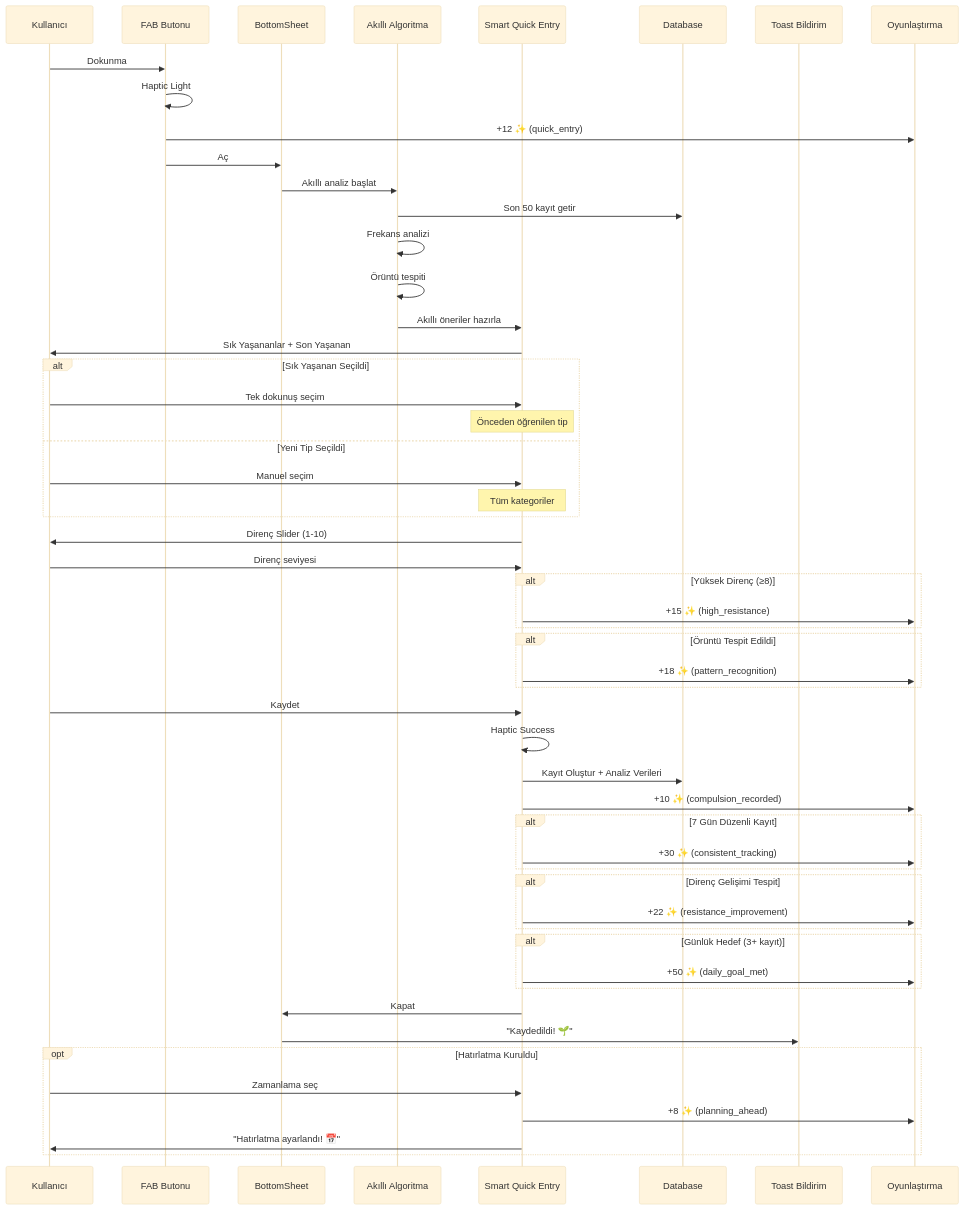
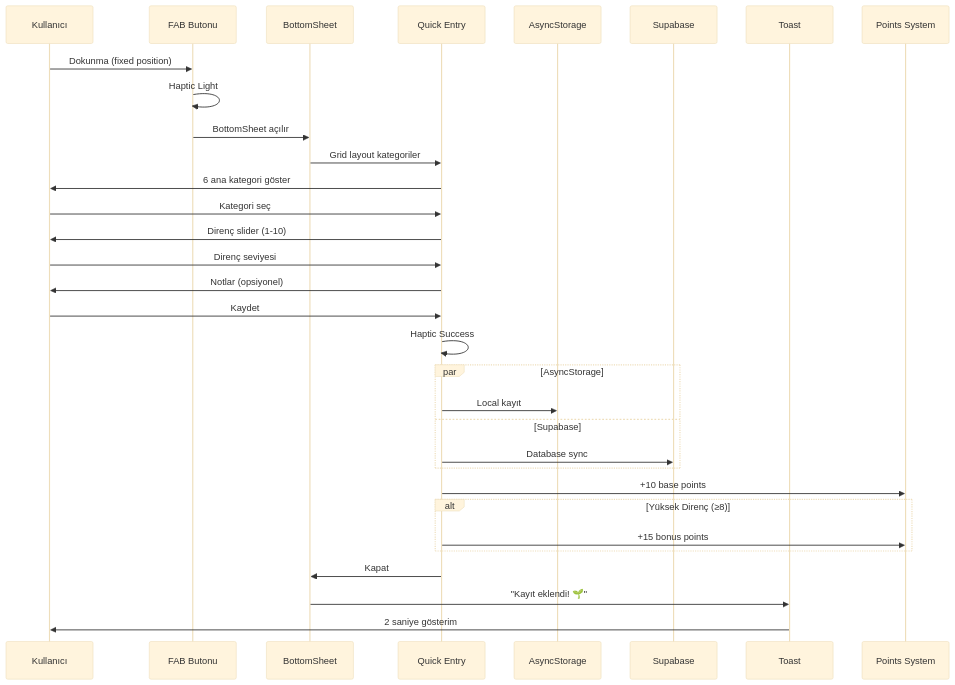
Before and after one commit to adilyoltay/obsessless-mobile-app: the second of 3 diagrams in docs/obsessless-flow.md, drawn with Mermaid (base theme). The commit also changed other lines of this file and 1 other file, not shown here.

````diff
--- a/docs/obsessless-flow.md
+++ b/docs/obsessless-flow.md
@@ -147,67 +304,42 @@
 ```mermaid
 sequenceDiagram
     participant U as Kullanıcı
     participant FAB as FAB Butonu
-    participant BS as BottomSheet
-    participant AI as Akıllı Algoritma
-    participant Form as Smart Quick Entry
-    participant DB as Database
-    participant Toast as Toast Bildirim
-    participant Gamification as Oyunlaştırma
+    participant BS as BottomSheet  
+    participant Form as Quick Entry
+    participant AS as AsyncStorage
+    participant DB as Supabase
+    participant Toast as Toast
+    participant Gamification as Points System
     
-    U->>FAB: Dokunma
+    U->>FAB: Dokunma (fixed position)
     FAB->>FAB: Haptic Light
-    FAB->>Gamification: +12 ✨ (quick_entry)
-    FAB->>BS: Aç
-    BS->>AI: Akıllı analiz başlat
-    AI->>DB: Son 50 kayıt getir
-    AI->>AI: Frekans analizi
-    AI->>AI: Örüntü tespiti
-    AI->>Form: Akıllı öneriler hazırla
-    Form->>U: Sık Yaşananlar + Son Yaşanan
+    FAB->>BS: BottomSheet açılır
     
-    alt Sık Yaşanan Seçildi
-        U->>Form: Tek dokunuş seçim
-        Note over Form: Önceden öğrenilen tip
-    else Yeni Tip Seçildi
-        U->>Form: Manuel seçim
-        Note over Form: Tüm kategoriler
-    end
+    BS->>Form: Grid layout kategoriler
+    Form->>U: 6 ana kategori göster
+    U->>Form: Kategori seç
     
-    Form->>U: Direnç Slider (1-10)
+    Form->>U: Direnç slider (1-10)
     U->>Form: Direnç seviyesi
-    
-    alt Yüksek Direnç (≥8)
-        Form->>Gamification: +15 ✨ (high_resistance)
-    end
-    
-    alt Örüntü Tespit Edildi
-        Form->>Gamification: +18 ✨ (pattern_recognition)
-    end
+    Form->>U: Notlar (opsiyonel)
     
     U->>Form: Kaydet
     Form->>Form: Haptic Success
-    Form->>DB: Kayıt Oluştur + Analiz Verileri
-    Form->>Gamification: +10 ✨ (compulsion_recorded)
     
-    alt 7 Gün Düzenli Kayıt
-        Form->>Gamification: +30 ✨ (consistent_tracking)
+    par AsyncStorage
+        Form->>AS: Local kayıt
+    and Supabase
+        Form->>DB: Database sync
     end
     
-    alt Direnç Gelişimi Tespit
-        Form->>Gamification: +22 ✨ (resistance_improvement)
-    end
+    Form->>Gamification: +10 base points
     
-    alt Günlük Hedef (3+ kayıt)
-        Form->>Gamification: +50 ✨ (daily_goal_met)
+    alt Yüksek Direnç (≥8)
+        Form->>Gamification: +15 bonus points
     end
     
     Form->>BS: Kapat
-    BS->>Toast: "Kaydedildi! 🌱"
-    
-    opt Hatırlatma Kuruldu
-        U->>Form: Zamanlama seç
-        Form->>Gamification: +8 ✨ (planning_ahead)
-        Form->>U: "Hatırlatma ayarlandı! 📅"
-    end
+    BS->>Toast: "Kayıt eklendi! 🌱"
+    Toast->>U: 2 saniye gösterim
 ```
````
